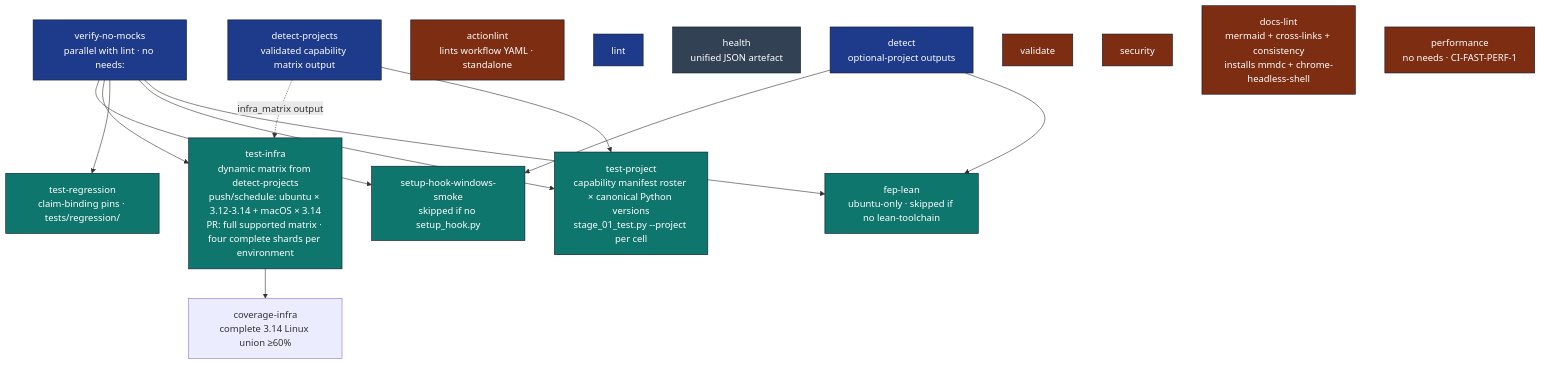
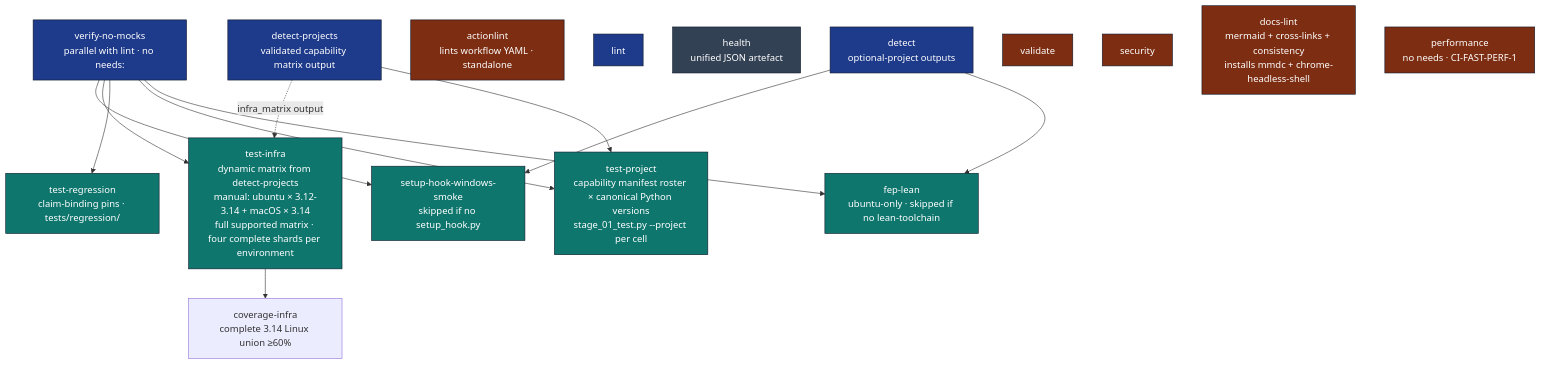
The second of 2 diagrams in .github/workflows/AGENTS.md (docxology/template), drawn with Mermaid before and after one commit. The commit also changed other lines of this file and 61 other files, not shown here.

````diff
--- a/.github/workflows/AGENTS.md
+++ b/.github/workflows/AGENTS.md
@@ -46,32 +55,32 @@
 ```mermaid
 flowchart TB
     DET[detect<br/>optional-project outputs]
     DETP[detect-projects<br/>validated capability matrix output]
     ACTLINT[actionlint<br/>lints workflow YAML · standalone]
     LINT[lint]
     HEALTH[health<br/>unified JSON artefact]
     VNM[verify-no-mocks<br/>parallel with lint · no needs:]
     VAL[validate]
     SEC[security]
     DL[docs-lint<br/>mermaid + cross-links + consistency<br/>installs mmdc + chrome-headless-shell]
     VNM --> SHW[setup-hook-windows-smoke<br/>skipped if no setup_hook.py]
     DETP -.->|infra_matrix output| TI
-    VNM --> TI[test-infra<br/>dynamic matrix from detect-projects<br/>push/schedule: ubuntu × 3.12-3.14 + macOS × 3.14<br/>PR: full supported matrix · four complete shards per environment]
+    VNM --> TI[test-infra<br/>dynamic matrix from detect-projects<br/>manual: ubuntu × 3.12-3.14 + macOS × 3.14<br/>full supported matrix · four complete shards per environment]
     TI --> IC[coverage-infra<br/>complete 3.14 Linux union ≥60%]
     VNM --> TR[test-regression<br/>claim-binding pins · tests/regression/]
     VNM --> TP[test-project<br/>capability manifest roster × canonical Python versions<br/>stage_01_test.py --project per cell]
     VNM --> FL[fep-lean<br/>ubuntu-only · skipped if no lean-toolchain]
     DET --> SHW
     DET --> FL
     DETP --> TP
     PERF[performance<br/>no needs · CI-FAST-PERF-1]
 
     classDef gate fill:#1e3a8a,stroke:#0f172a,color:#fff
     classDef matrix fill:#0f766e,stroke:#0f172a,color:#fff
     classDef terminal fill:#7c2d12,stroke:#0f172a,color:#fff
     classDef info fill:#334155,stroke:#0f172a,color:#fff
     class DET,DETP,LINT,VNM gate
     class TI,TR,TP,FL,SHW matrix
     class VAL,SEC,DL,PERF,ACTLINT terminal
     class HEALTH info
 ```
````
